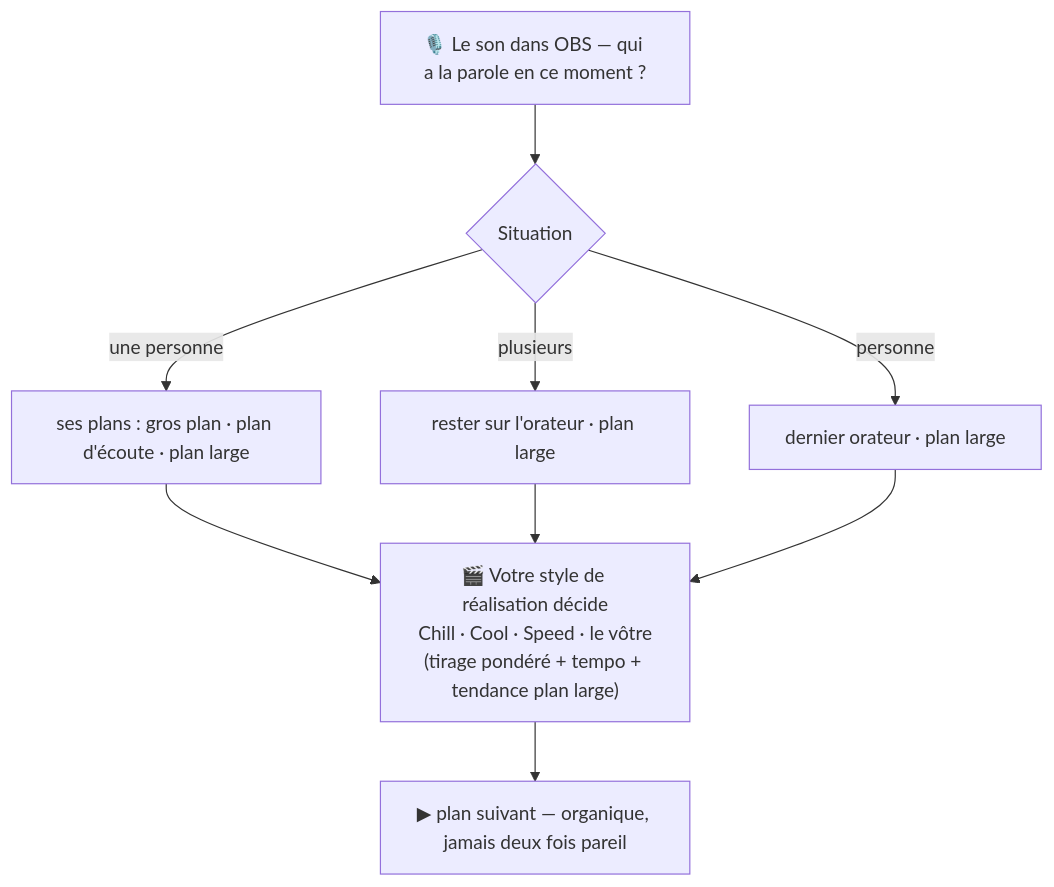
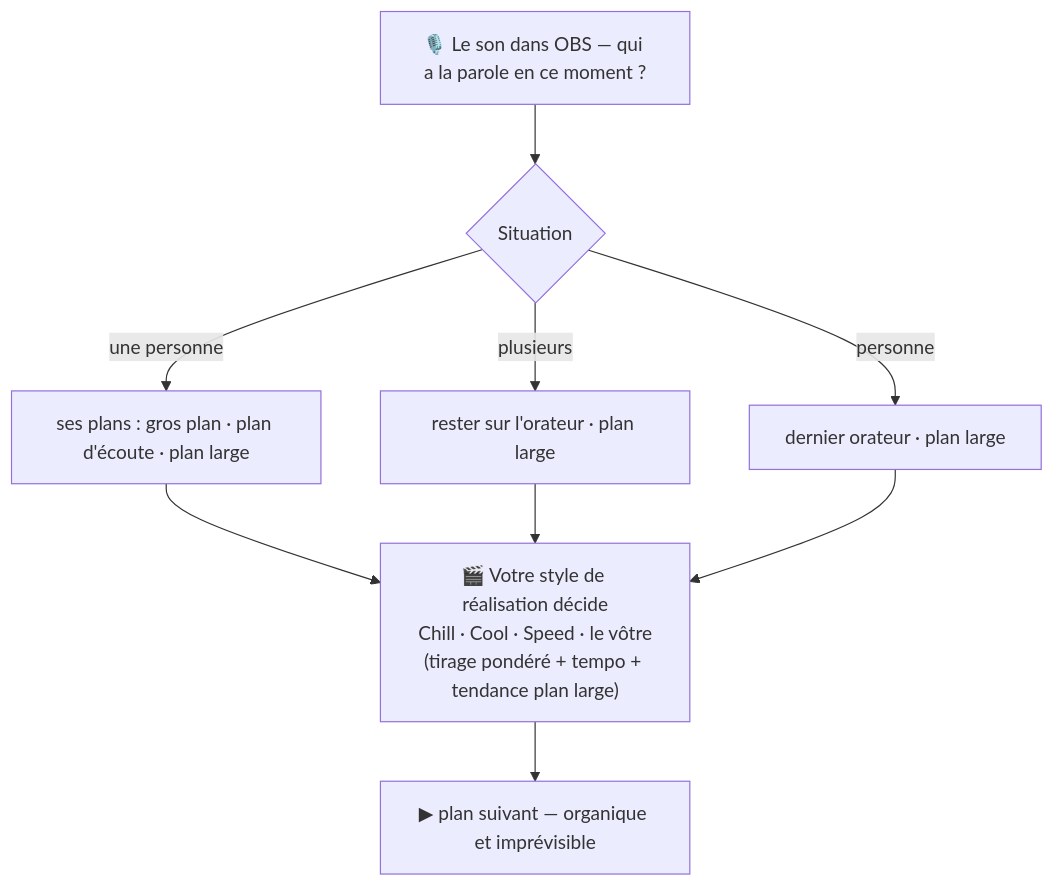
Before and after one commit to DavidClaudeAI/Flowspire: the diagram in README.fr.md, drawn with Mermaid. The commit also changed 1 other file, not shown here.

Commit message:
doc readme : corrige la case finale du schema de rythme
CONTEXTE : la case finale du diagramme Mermaid (« Organique, jamais
mecanique ») affirmait « jamais deux fois pareil / never the same twice ».
C'est faux : le tirage est PONDERE — le plan large est largement favorise
en contextes B/C (poids 94 vs 10), donc le meme plan peut revenir
plusieurs fois de suite. La variete est probabiliste, pas garantie.

FICHIERS CLES : README.md, README.fr.md (case N du flowchart).
- « organique et imprevisible » / « organic and unpredictable »

ZONES A RISQUE : aucune (doc pure, aucun code touche).
REF : suite PR #36 (README vitrine 0.6.0).

````diff
--- a/README.fr.md
+++ b/README.fr.md
@@ -89,9 +89,9 @@
 ```mermaid
 flowchart TD
     A["🎙️ Le son dans OBS — qui a la parole en ce moment ?"] --> Q{"Situation"}
     Q -->|une personne| O1["ses plans : gros plan · plan d'écoute · plan large"]
     Q -->|plusieurs| O2["rester sur l'orateur · plan large"]
     Q -->|personne| O3["dernier orateur · plan large"]
     O1 & O2 & O3 --> S["🎬 Votre style de réalisation décide<br/>Chill · Cool · Speed · le vôtre<br/>(tirage pondéré + tempo + tendance plan large)"]
-    S --> N["▶ plan suivant — organique, jamais deux fois pareil"]
+    S --> N["▶ plan suivant — organique et imprévisible"]
 ```
````
